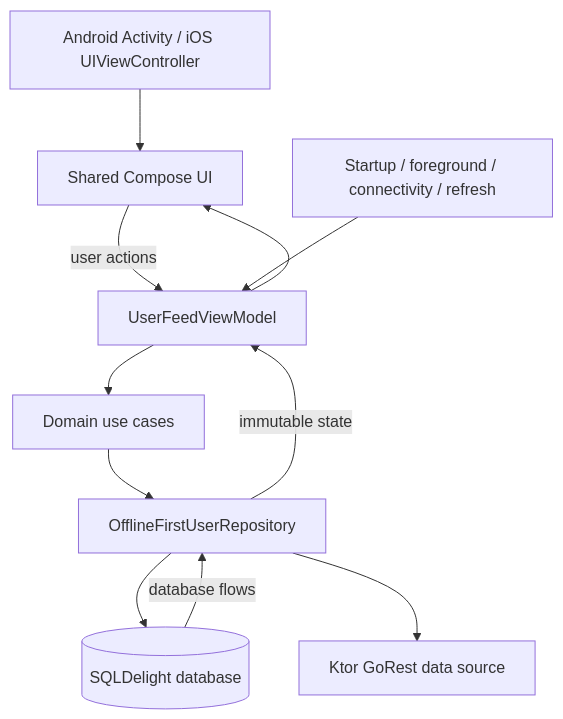
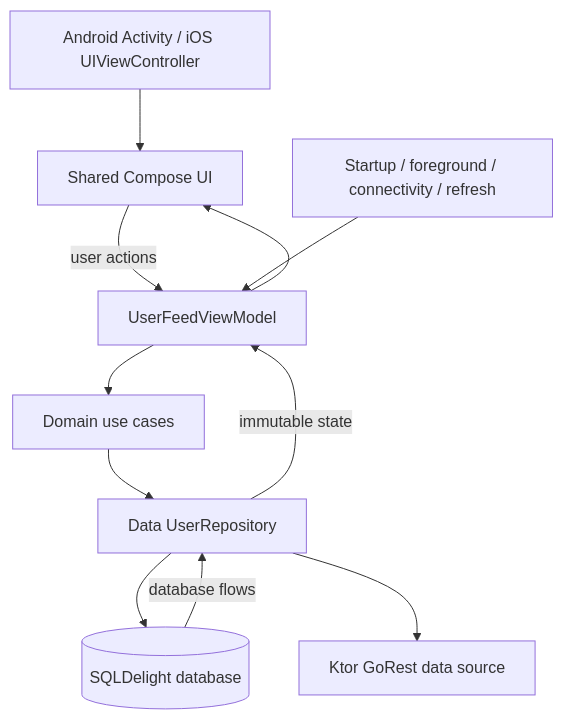
Before and after one commit to yuenkl/Bill-User-Management-System: the diagram in README.md, drawn with Mermaid. The commit also changed 4 other files, not shown here.

Commit message:
refactor: rename data user repository

````diff
--- a/README.md
+++ b/README.md
@@ -20,13 +20,13 @@
 ```mermaid
 flowchart TD
     A[Android Activity / iOS UIViewController] --> B[Shared Compose UI]
     B -->|user actions| C[UserFeedViewModel]
     C --> D[Domain use cases]
-    D --> E[OfflineFirstUserRepository]
+    D --> E[Data UserRepository]
     E --> F[(SQLDelight database)]
     E --> G[Ktor GoRest data source]
     I[Startup / foreground / connectivity / refresh] --> C
     F -->|database flows| E
     E -->|immutable state| C
     C --> B
 ```
````
